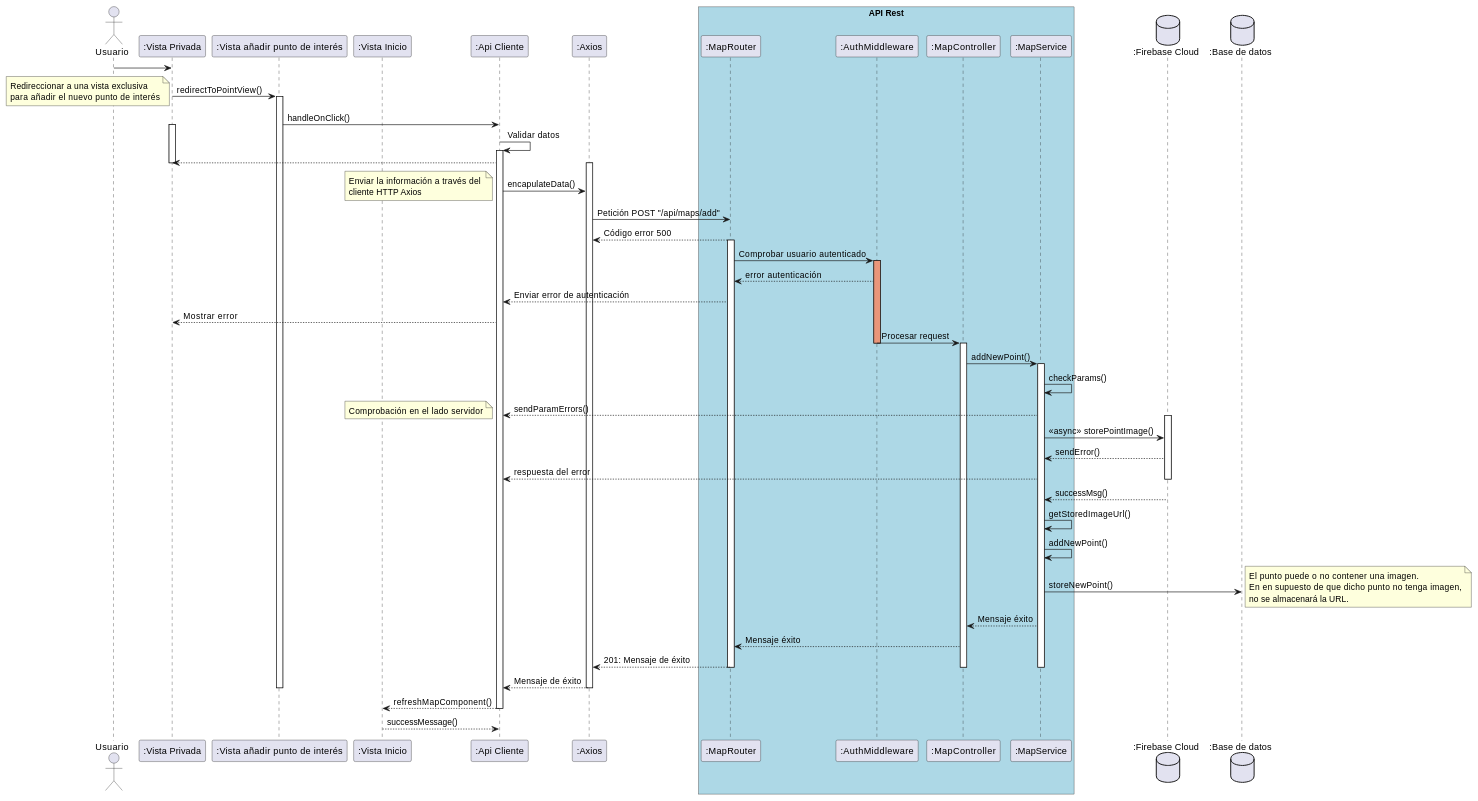
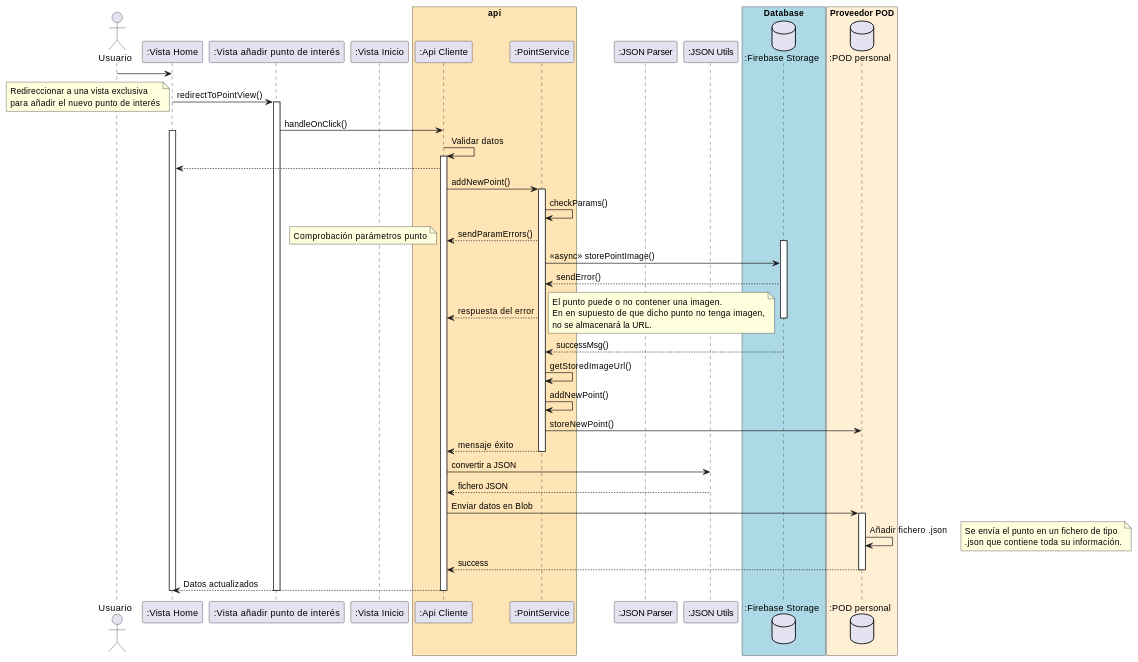
The eighth of 8 diagrams in docs/06_runtime_view.adoc (Arquisoft/lomap_es5a), drawn with PlantUML before and after one commit. The commit also changed other lines of this file and 5 other files, not shown here.

```diff
--- a/docs/06_runtime_view.adoc
+++ b/docs/06_runtime_view.adoc
@@ -175,21 +226,25 @@
 [plantuml,"runtime-6-3-3", svg]
 ----
 actor Usuario
-participant Personal as ":Vista Privada"
+participant Personal as ":Vista Home"
 participant PointView as ":Vista añadir punto de interés"
 participant Home as ":Vista Inicio"
+
+box "api" #Moccasin
 participant Api as ":Api Cliente"
-participant Axios as ":Axios"
-
-box "API Rest" #LightBlue
-participant Router as ":MapRouter"
-participant AuthMiddleware as ":AuthMiddleware"
-participant Controller as ":MapController"
-participant Service as ":MapService"
+participant Service as ":PointService"
 end box
 
-database Firebase as ":Firebase Cloud"
-database Db as ":Base de datos"
+participant parser as ":JSON Parser"
+participant util as ":JSON Utils"
+
+box "Database" #LightBlue
+database firebase as ":Firebase Storage"
+end box
+
+box "Proveedor POD" #PapayaWhip
+database pod as ":POD personal"
+end box
 
 Usuario -> Personal: 
 Personal -> PointView: redirectToPointView()
@@ -203,63 +258,50 @@
 Api -> Api: Validar datos
 activate Api
 Api --> Personal
-deactivate Personal
 
-activate Axios
-Api -> Axios: encapulateData()
-note left
-Enviar la información a través del 
-cliente HTTP Axios
-end note
-
-Axios -> Router: Petición POST "/api/maps/add"
-Router --> Axios: Código error 500
-
-activate Router
-
-Router -> AuthMiddleware: Comprobar usuario autenticado
-activate AuthMiddleware #DarkSalmon
-AuthMiddleware --> Router: error autenticación
-Router --> Api: Enviar error de autenticación
-Api --> Personal: Mostrar error
-AuthMiddleware -> Controller: Procesar request
-deactivate AuthMiddleware
-
-activate Controller
-Controller -> Service: addNewPoint()
+Api -> Service: addNewPoint()
 activate Service
 Service -> Service: checkParams()
 Service --> Api: sendParamErrors()
-note left: Comprobación en el lado servidor
-activate Firebase
-Service -> Firebase: <<async>> storePointImage()
-Firebase --> Service: sendError()
+note left: Comprobación parámetros punto
+
+activate firebase
+
+Service -> firebase: <<async>> storePointImage()
+firebase --> Service: sendError()
 Service --> Api: respuesta del error
-deactivate Firebase
 
-Firebase --> Service: successMsg()
-Service -> Service: getStoredImageUrl()
-Service -> Service: addNewPoint()
-Service -> Db: storeNewPoint()
+deactivate firebase
 note right
 El punto puede o no contener una imagen.
 En en supuesto de que dicho punto no tenga imagen,
 no se almacenará la URL.
 end note
-Service --> Controller: Mensaje éxito
-Controller --> Router: Mensaje éxito
-Router --> Axios: 201: Mensaje de éxito
 
+firebase --> Service: successMsg()
+Service -> Service: getStoredImageUrl()
+Service -> Service: addNewPoint()
+Service -> pod: storeNewPoint()
+Service --> Api: mensaje éxito
 deactivate Service
-deactivate Controller
-deactivate Router
 
-Axios --> Api: Mensaje de éxito
-deactivate Axios
-deactivate PointView
+Api -> util: convertir a JSON
+util --> Api: fichero JSON
+Api -> pod: Enviar datos en Blob
 
-Api --> Home: refreshMapComponent()
+activate pod
+pod -> pod: Añadir fichero .json
+note right
+Se envía el punto en un fichero de tipo
+.json que contiene toda su información.
+end note
+pod --> Api: success
+deactivate pod
+
+Api --> Personal: Datos actualizados
 deactivate Api
 
-return successMessage()
+deactivate PointView
+deactivate Personal
+
 ----
```
